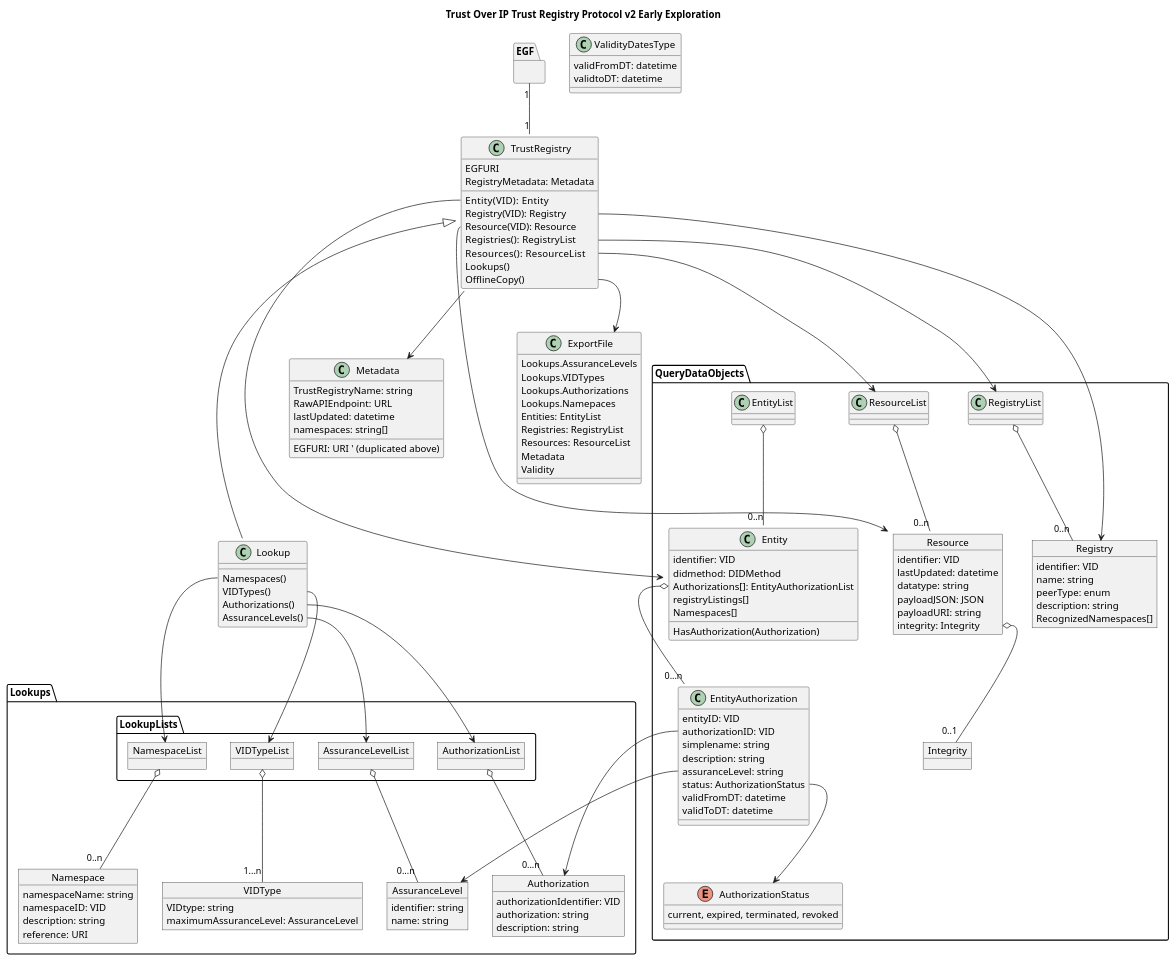
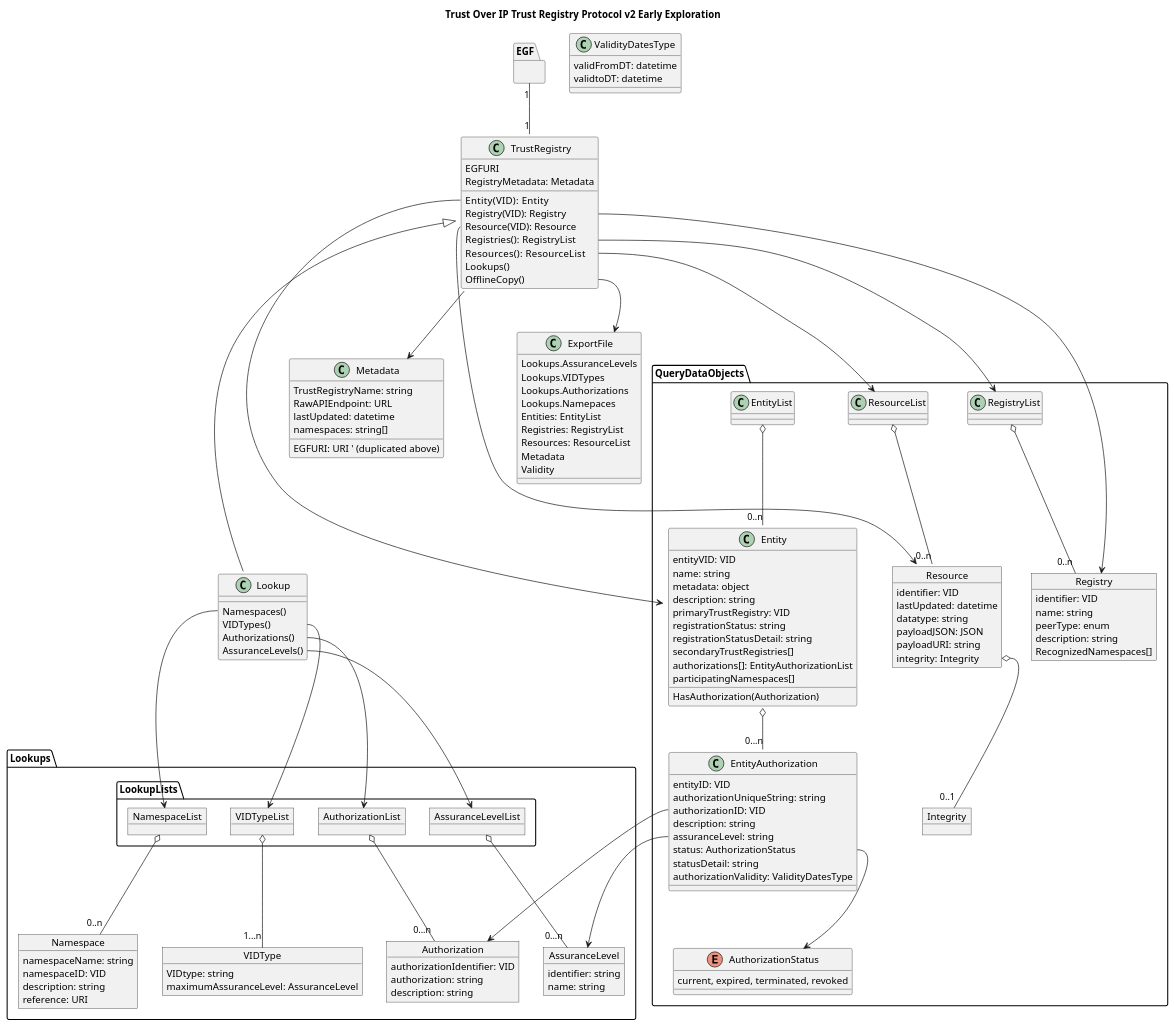
One commit to trustoverip/tswg-trust-registry-protocol changed the diagram in diagrams/highlevel.plantuml. Above: the diagram before and after it, drawn with PlantUML. The commit also changed 3 other files, not shown here.

```diff
--- a/diagrams/highlevel.plantuml
+++ b/diagrams/highlevel.plantuml
@@ -71,25 +71,29 @@
     class EntityList
 
     class Entity {
-        identifier: VID
-        didmethod: DIDMethod
-        Authorizations[]: EntityAuthorizationList
-        registryListings[]
-        Namespaces[]
+        entityVID: VID
+        name: string
+        metadata: object
+        description: string 
+        primaryTrustRegistry: VID
+        registrationStatus: string
+        registrationStatusDetail: string
+        secondaryTrustRegistries[]
+        authorizations[]: EntityAuthorizationList
+        participatingNamespaces[]
         HasAuthorization(Authorization)
     }
 
     class EntityAuthorization {
         entityID: VID
+        authorizationUniqueString: string
         authorizationID: VID
-        simplename: string
         description: string
         assuranceLevel: string
         status: AuthorizationStatus 
+        statusDetail: string
         ' ValidityDatesType (TODO: remove type?)
-        validFromDT: datetime
-        validToDT: datetime 
-
+        authorizationValidity: ValidityDatesType
     }
 
     object Registry {
@@ -162,8 +166,6 @@
     Resources: ResourceList 
     Metadata 
     Validity
-
-
 }
 
 Class ValidityDatesType {
```
